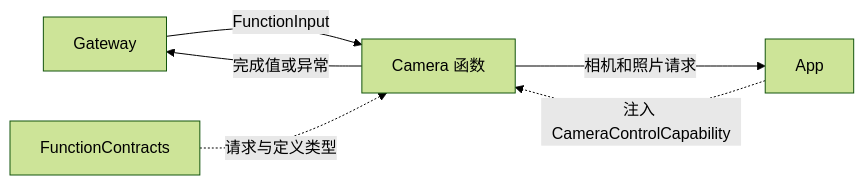
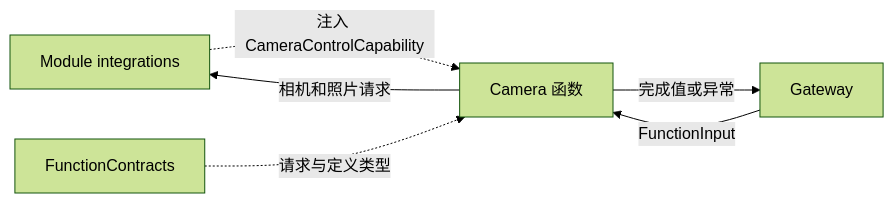
Before and after one commit to devilyouwei/MobileHarness: the first of 2 diagrams in MobileHarness/Actions/Camera/README.md, drawn with Mermaid (forest theme). The commit also changed other lines of this file and 254 other files, not shown here.

First line of the commit message:
refactor: isolate app composition and module bindings

````diff
--- a/MobileHarness/Actions/Camera/README.md
+++ b/MobileHarness/Actions/Camera/README.md
@@ -9,8 +9,9 @@
 ```mermaid
 flowchart LR
+ Bindings[Module integrations]
     Gateway -->|FunctionInput| Camera[Camera 函数]
     Camera -->|完成值或异常| Gateway
-    App -.->|注入 CameraControlCapability| Camera
-    Camera -->|相机和照片请求| App
+    Bindings -.->|注入 CameraControlCapability| Camera
+    Camera -->|相机和照片请求| Bindings
     Contracts[FunctionContracts] -.->|请求与定义类型| Camera
 ```
````
